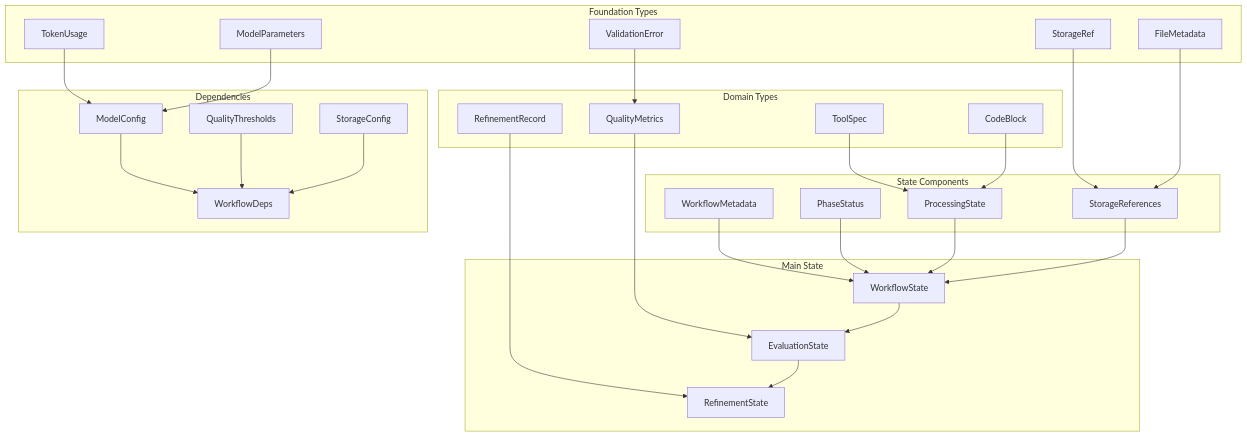
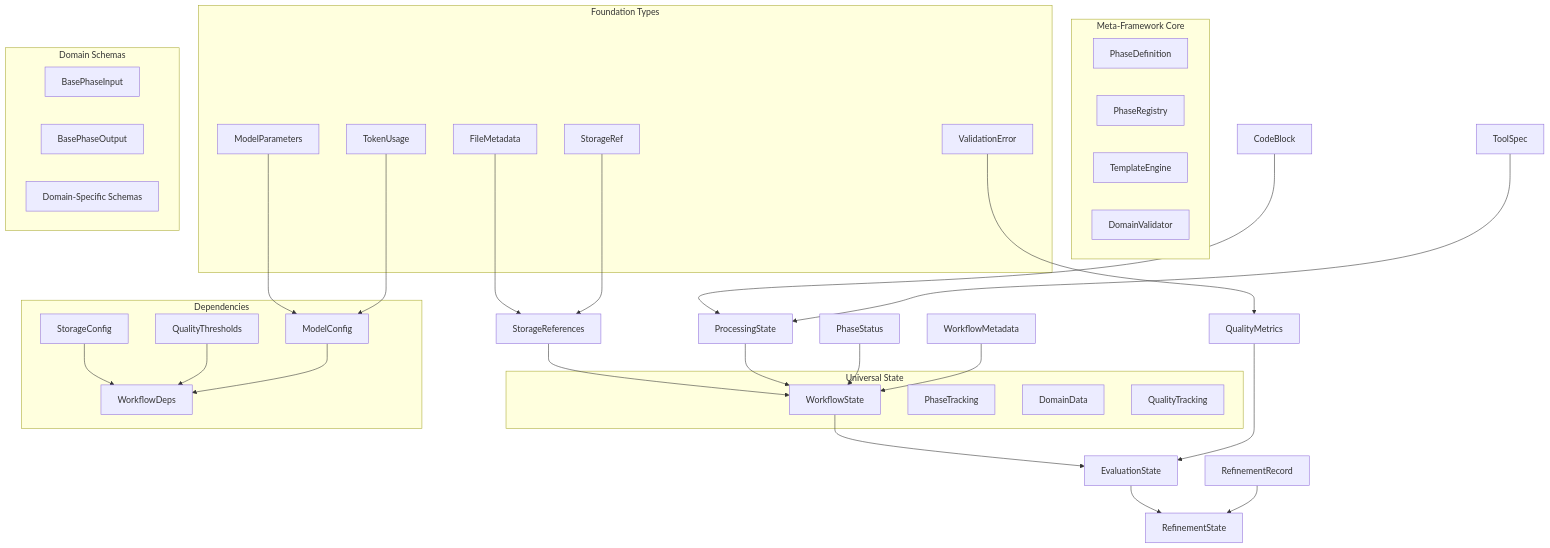
The diagram in docs/GRAPH_TYPE_DEFINITIONS.md (fblgit/agentool), drawn with Mermaid before and after one commit. The commit also changed other lines of this file and 7 other files, not shown here.

````diff
--- a/docs/GRAPH_TYPE_DEFINITIONS.md
+++ b/docs/GRAPH_TYPE_DEFINITIONS.md
@@ -17,60 +22,60 @@
 ```mermaid
 graph TD
+    subgraph "Meta-Framework Core"
+        PhaseDefinition[PhaseDefinition]
+        PhaseRegistry[PhaseRegistry]
+        TemplateEngine[TemplateEngine]
+        DomainValidator[DomainValidator]
+    end
+    
     subgraph "Foundation Types"
         StorageRef[StorageRef]
         TokenUsage[TokenUsage]
         FileMetadata[FileMetadata]
         ValidationError[ValidationError]
         ModelParameters[ModelParameters]
     end
     
-    subgraph "Domain Types"
-        ToolSpec[ToolSpec]
-        CodeBlock[CodeBlock]
-        QualityMetrics[QualityMetrics]
-        RefinementRecord[RefinementRecord]
+    subgraph "Universal State"
+        WorkflowState[WorkflowState]
+        PhaseTracking[PhaseTracking]
+        DomainData[DomainData]
+        QualityTracking[QualityTracking]
     end
     
-    subgraph "State Components"
-        WorkflowMetadata[WorkflowMetadata]
-        PhaseStatus[PhaseStatus]
-        ProcessingState[ProcessingState]
-        StorageReferences[StorageReferences]
-    end
-    
-    subgraph "Main State"
-        WorkflowState[WorkflowState]
-        EvaluationState[EvaluationState]
-        RefinementState[RefinementState]
+    subgraph "Domain Schemas"
+        BasePhaseInput[BasePhaseInput]
+        BasePhaseOutput[BasePhaseOutput]
+        DomainSchemas[Domain-Specific Schemas]
     end
     
     subgraph "Dependencies"
         ModelConfig[ModelConfig]
         QualityThresholds[QualityThresholds]
         StorageConfig[StorageConfig]
         WorkflowDeps[WorkflowDeps]
     end
     
     StorageRef --> StorageReferences
     TokenUsage --> ModelConfig
     FileMetadata --> StorageReferences
     ValidationError --> QualityMetrics
     ModelParameters --> ModelConfig
     
     ToolSpec --> ProcessingState
     CodeBlock --> ProcessingState
     QualityMetrics --> EvaluationState
     RefinementRecord --> RefinementState
     
     WorkflowMetadata --> WorkflowState
     PhaseStatus --> WorkflowState
     ProcessingState --> WorkflowState
     StorageReferences --> WorkflowState
     
     WorkflowState --> EvaluationState
     EvaluationState --> RefinementState
     
     ModelConfig --> WorkflowDeps
     QualityThresholds --> WorkflowDeps
     StorageConfig --> WorkflowDeps
 ```
````
